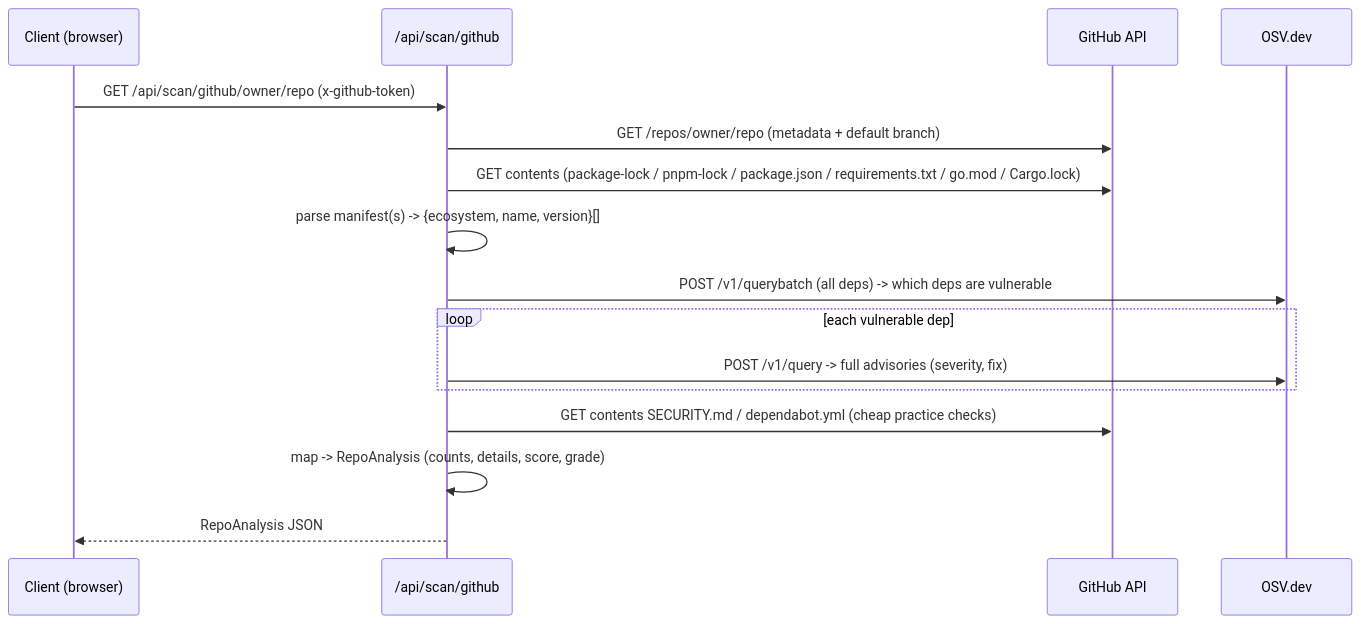
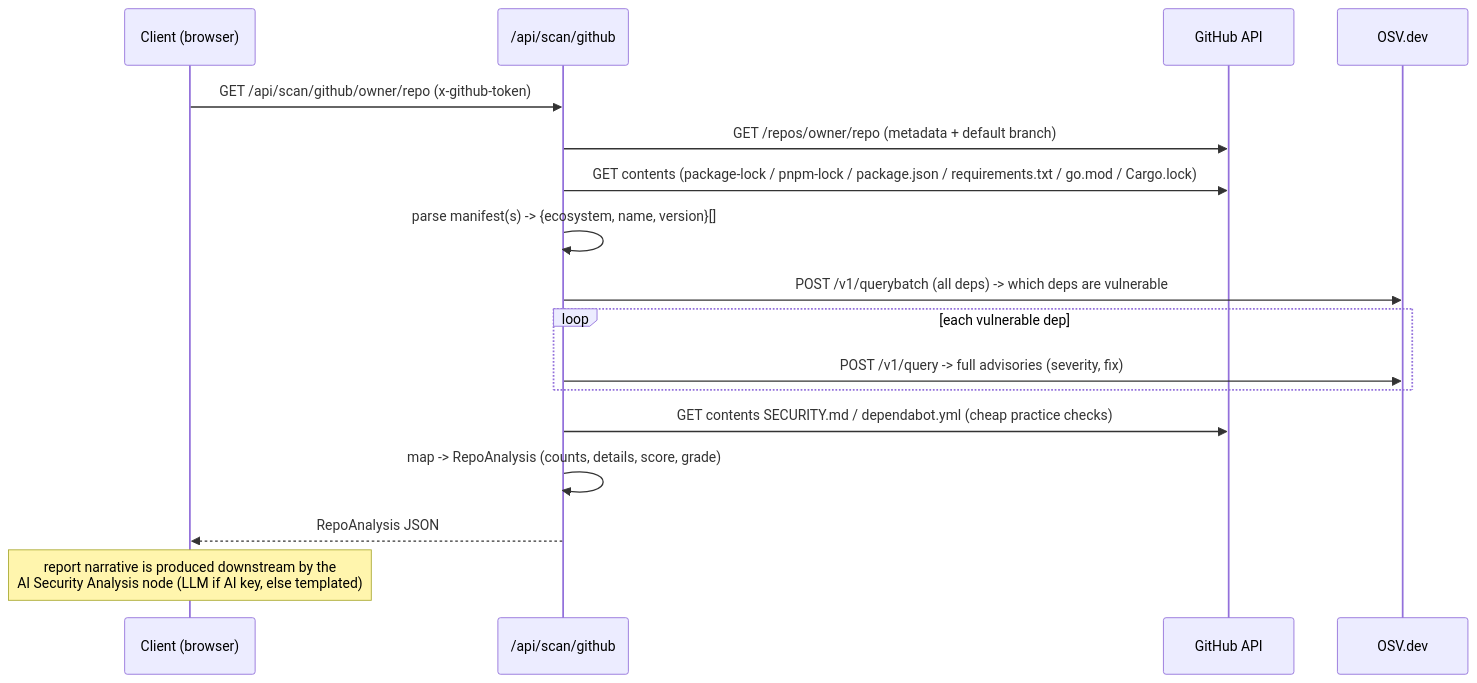
The second of 2 diagrams in docs/architecture/osv-real-scan-design.md (knowlingo/TopFlow), drawn with Mermaid before and after one commit. The commit also changed other lines of this file and 1 other file, not shown here.

````diff
--- a/docs/architecture/osv-real-scan-design.md
+++ b/docs/architecture/osv-real-scan-design.md
@@ -109,18 +182,19 @@
 ```mermaid
 sequenceDiagram
   participant C as Client (browser)
   participant R as /api/scan/github
   participant G as GitHub API
   participant O as OSV.dev
   C->>R: GET /api/scan/github/owner/repo (x-github-token)
   R->>G: GET /repos/owner/repo (metadata + default branch)
   R->>G: GET contents (package-lock / pnpm-lock / package.json / requirements.txt / go.mod / Cargo.lock)
   R->>R: parse manifest(s) -> {ecosystem, name, version}[]
   R->>O: POST /v1/querybatch (all deps)  ->  which deps are vulnerable
   loop each vulnerable dep
     R->>O: POST /v1/query  ->  full advisories (severity, fix)
   end
   R->>G: GET contents SECURITY.md / dependabot.yml (cheap practice checks)
   R->>R: map -> RepoAnalysis (counts, details, score, grade)
   R-->>C: RepoAnalysis JSON
+  Note over C: report narrative is produced downstream by the<br/>AI Security Analysis node (LLM if AI key, else templated)
 ```
````
